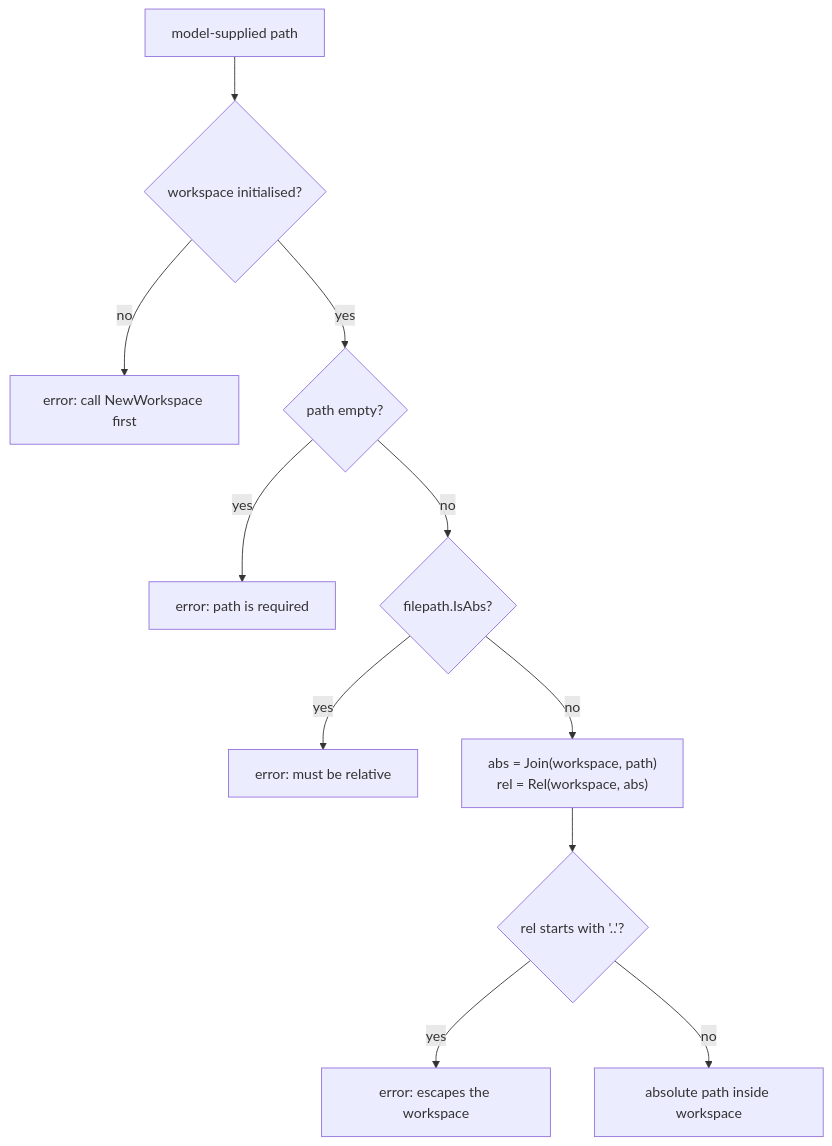
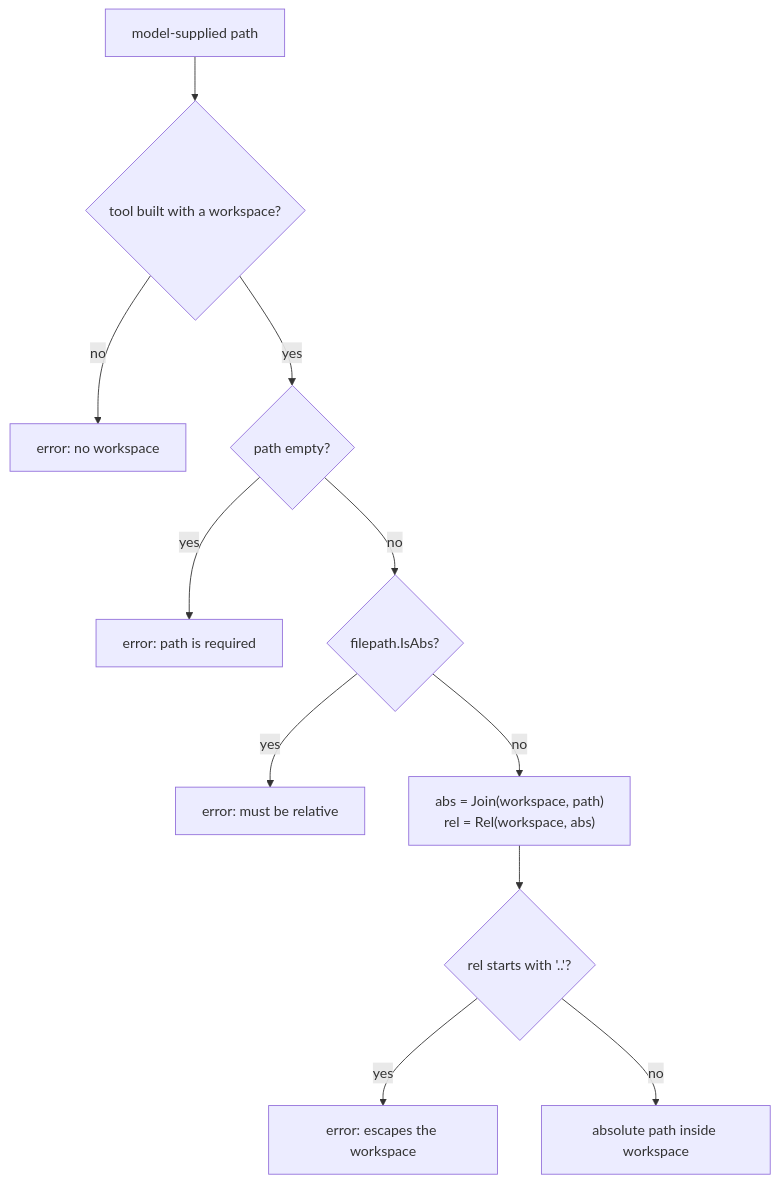
One commit to campoy/gai changed the fourth of 5 diagrams in ARCHITECTURE.md. Above: the diagram before and after it, drawn with Mermaid. The commit also changed other lines of this file and 11 other files, not shown here.

````diff
--- a/ARCHITECTURE.md
+++ b/ARCHITECTURE.md
@@ -218,13 +220,13 @@
 ```mermaid
 flowchart TD
-  p["model-supplied path"] --> c1{"workspace initialised?"}
-  c1 -- no --> e1["error: call NewWorkspace first"]
+  p["model-supplied path"] --> c1{"tool built with a workspace?"}
+  c1 -- no --> e1["error: no workspace"]
   c1 -- yes --> c2{"path empty?"}
   c2 -- yes --> e2["error: path is required"]
   c2 -- no --> c3{"filepath.IsAbs?"}
   c3 -- yes --> e3["error: must be relative"]
   c3 -- no --> j["abs = Join(workspace, path)<br/>rel = Rel(workspace, abs)"]
   j --> c4{"rel starts with '..'?"}
   c4 -- yes --> e4["error: escapes the workspace"]
   c4 -- no --> ok["absolute path inside workspace"]
 ```
````
